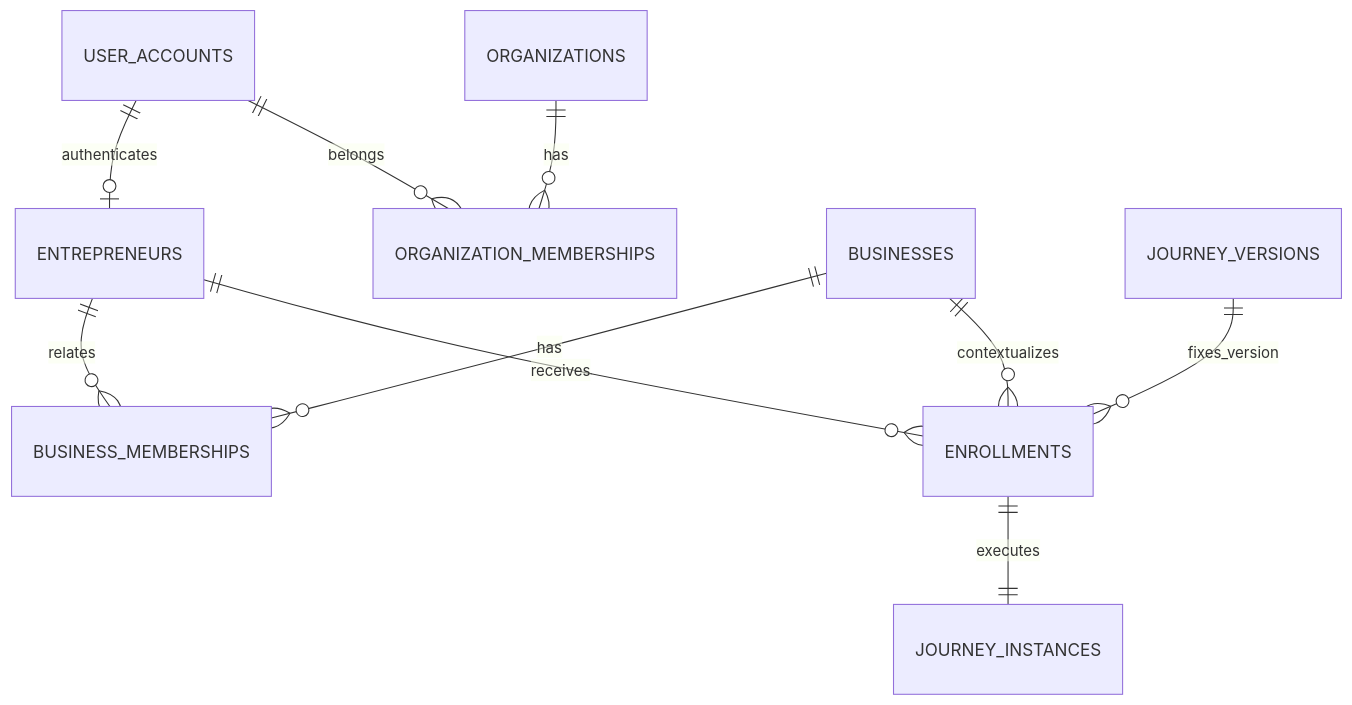
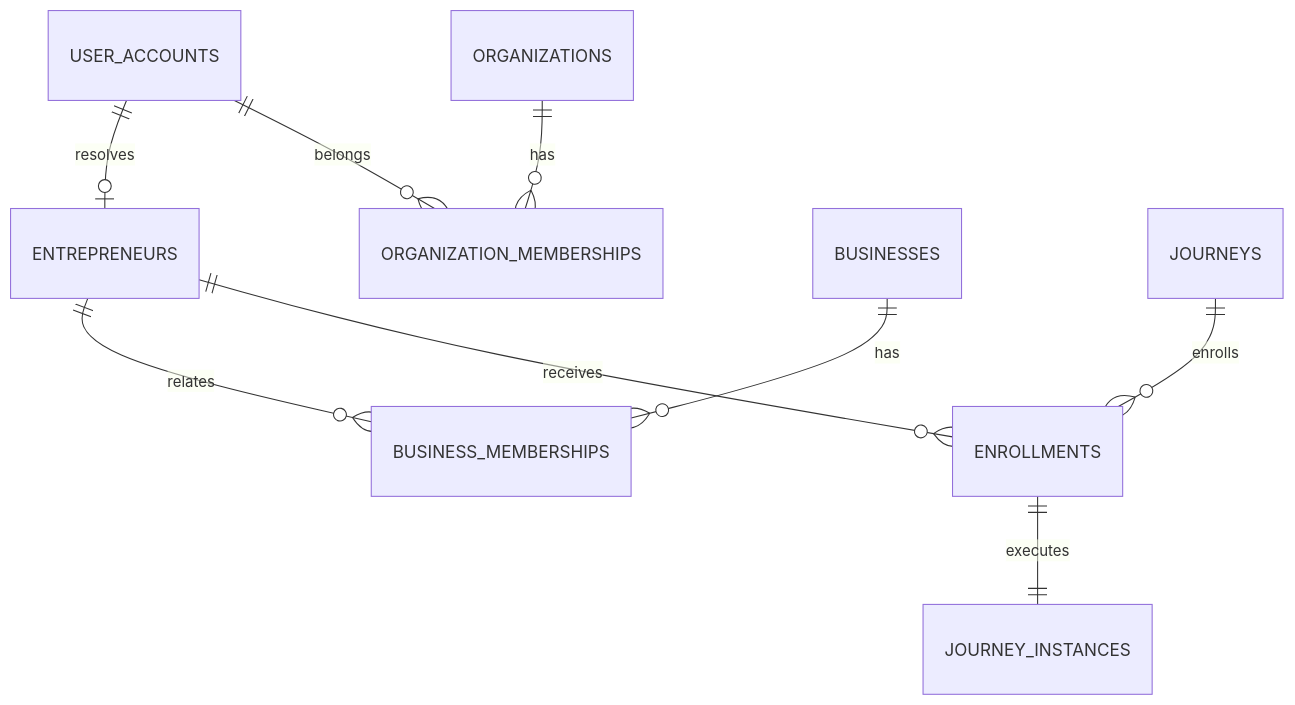
One commit to pablo-marchina/LMS-estimulo changed the first of 4 diagrams in docs/data/database/DATABASE_ERD.md. Above: the diagram before and after it, drawn with Mermaid. The commit also changed other lines of this file and 13 other files, not shown here.

````diff
--- a/docs/data/database/DATABASE_ERD.md
+++ b/docs/data/database/DATABASE_ERD.md
@@ -8,12 +8,11 @@
 ```mermaid
 erDiagram
-  USER_ACCOUNTS ||--o| ENTREPRENEURS : authenticates
+  USER_ACCOUNTS ||--o| ENTREPRENEURS : resolves
   ORGANIZATIONS ||--o{ ORGANIZATION_MEMBERSHIPS : has
   USER_ACCOUNTS ||--o{ ORGANIZATION_MEMBERSHIPS : belongs
   ENTREPRENEURS ||--o{ BUSINESS_MEMBERSHIPS : relates
   BUSINESSES ||--o{ BUSINESS_MEMBERSHIPS : has
   ENTREPRENEURS ||--o{ ENROLLMENTS : receives
-  BUSINESSES ||--o{ ENROLLMENTS : contextualizes
-  JOURNEY_VERSIONS ||--o{ ENROLLMENTS : fixes_version
+  JOURNEYS ||--o{ ENROLLMENTS : enrolls
   ENROLLMENTS ||--|| JOURNEY_INSTANCES : executes
 ```
````
